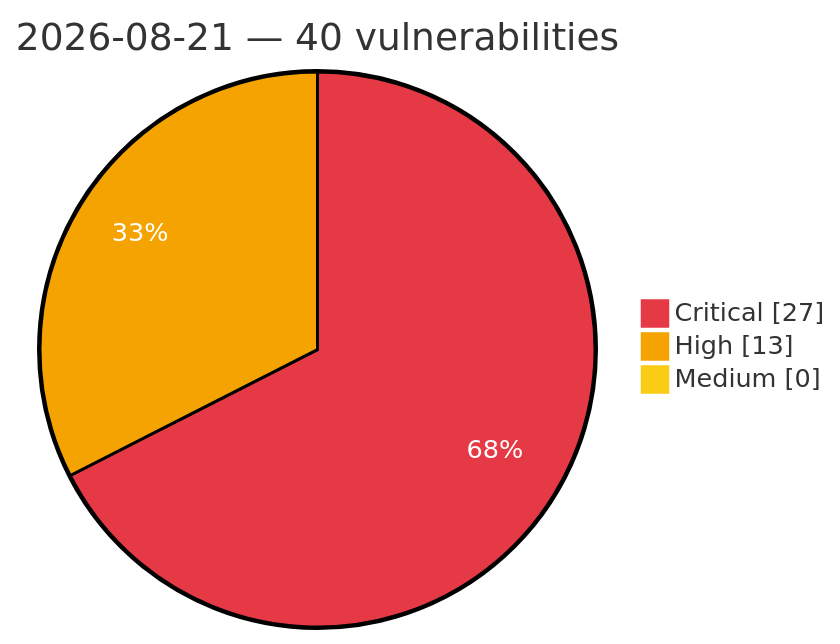
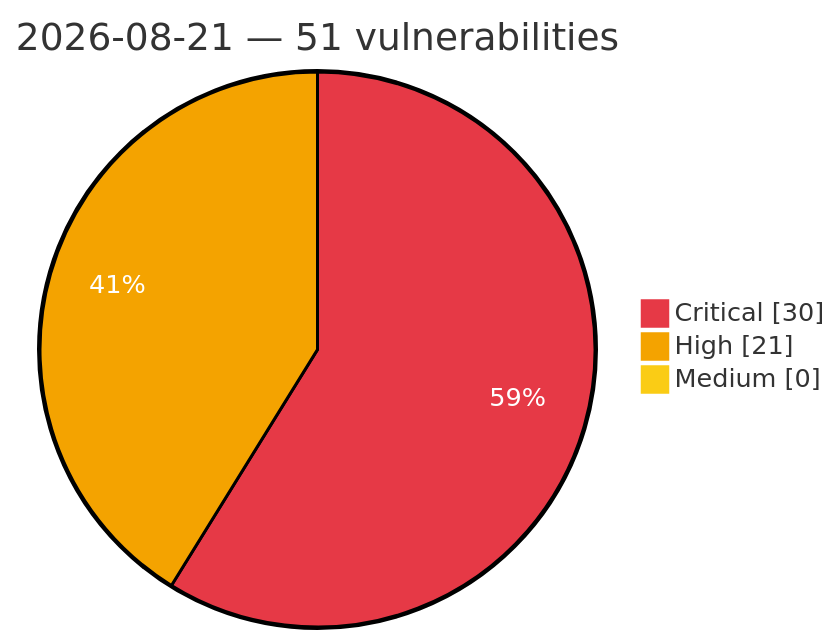
The diagram in vulnerabilities/2026/August/2026-08-21.md (GhostX0X/vuln-tracker), drawn with Mermaid before and after one commit. The commit also changed other lines of this file and 5 other files, not shown here.

Commit message:
Auto update: critical/high vulns (2026-08-21 18:59 UTC)

````diff
--- a/vulnerabilities/2026/August/2026-08-21.md
+++ b/vulnerabilities/2026/August/2026-08-21.md
@@ -3,8 +3,8 @@
 ```mermaid
 %%{init: {'theme':'base', 'themeVariables': {'pie1':'#e63946', 'pie2':'#f4a300', 'pie3':'#facc15', 'pieOpacity':'1', 'pieOuterStrokeWidth':'2px', 'pieSectionTextColor':'#ffffff'}}}%%
 pie showData
-    title 2026-08-21 — 40 vulnerabilities
-    "Critical" : 27
-    "High" : 13
+    title 2026-08-21 — 51 vulnerabilities
+    "Critical" : 30
+    "High" : 21
     "Medium" : 0
 ```
````
